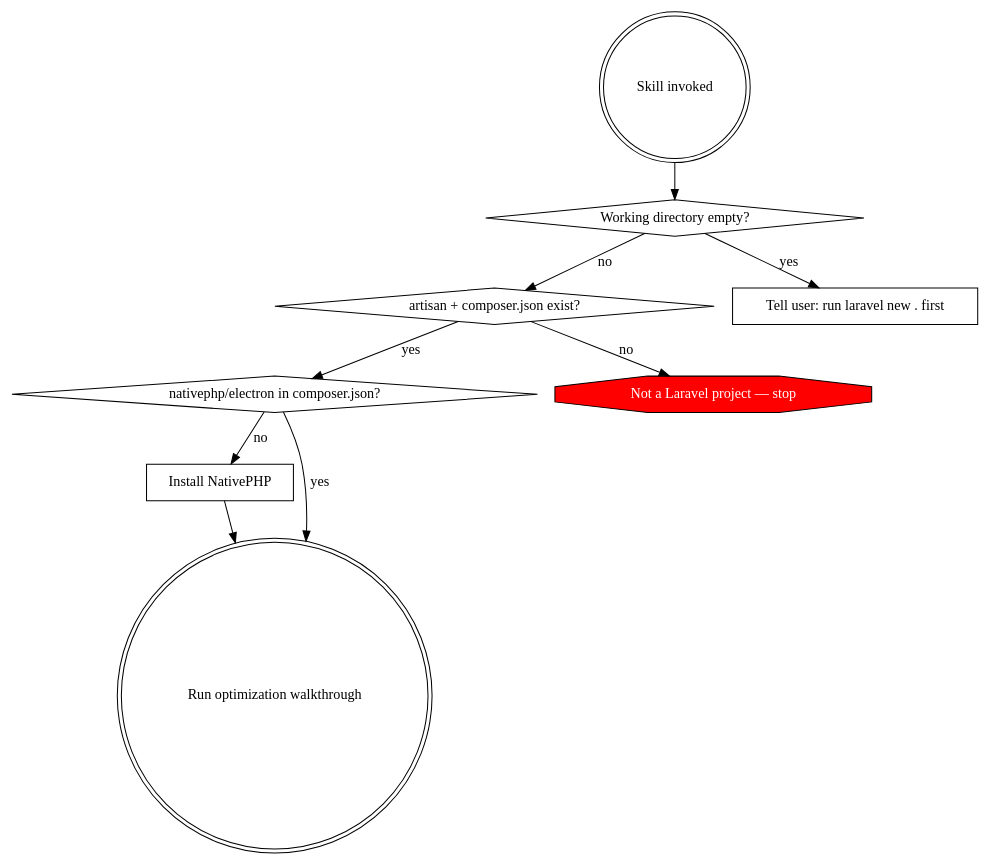
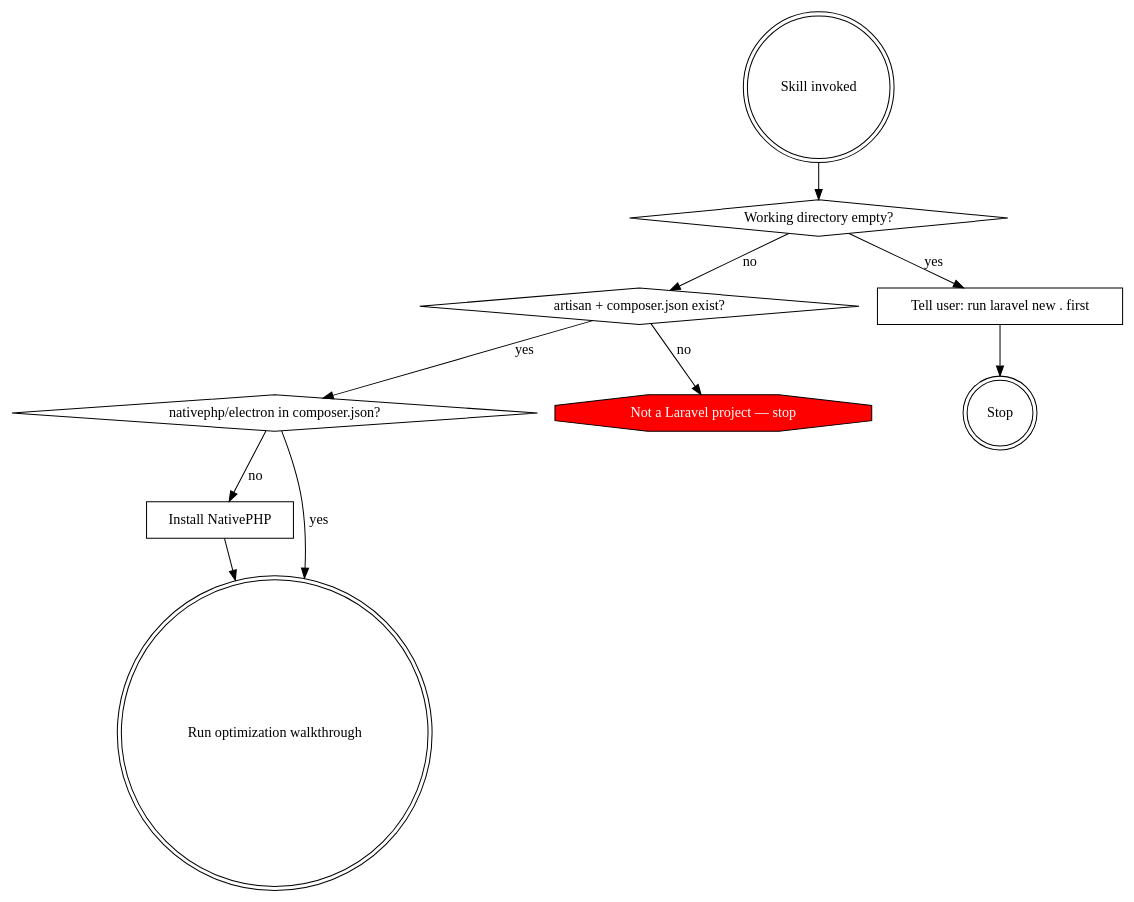
One commit to DoktorDaveJoos/nativephp-skills changed the diagram in skills/php-native-setup/SKILL.md. Above: the diagram before and after it, drawn with Graphviz. The commit also changed other lines of this file, not shown here.

````diff
--- a/skills/php-native-setup/SKILL.md
+++ b/skills/php-native-setup/SKILL.md
@@ -14,21 +14,24 @@
 ```dot
 digraph setup_flow {
     "Skill invoked" [shape=doublecircle];
     "Working directory empty?" [shape=diamond];
     "artisan + composer.json exist?" [shape=diamond];
     "nativephp/electron in composer.json?" [shape=diamond];
     "Tell user: run laravel new . first" [shape=box];
     "Not a Laravel project — stop" [shape=octagon, style=filled, fillcolor=red, fontcolor=white];
     "Install NativePHP" [shape=box];
     "Run optimization walkthrough" [shape=doublecircle];
 
+    "Stop" [shape=doublecircle];
+
     "Skill invoked" -> "Working directory empty?";
     "Working directory empty?" -> "Tell user: run laravel new . first" [label="yes"];
+    "Tell user: run laravel new . first" -> "Stop";
     "Working directory empty?" -> "artisan + composer.json exist?" [label="no"];
     "artisan + composer.json exist?" -> "Not a Laravel project — stop" [label="no"];
     "artisan + composer.json exist?" -> "nativephp/electron in composer.json?" [label="yes"];
     "nativephp/electron in composer.json?" -> "Install NativePHP" [label="no"];
     "nativephp/electron in composer.json?" -> "Run optimization walkthrough" [label="yes"];
     "Install NativePHP" -> "Run optimization walkthrough";
 }
 ```
````
